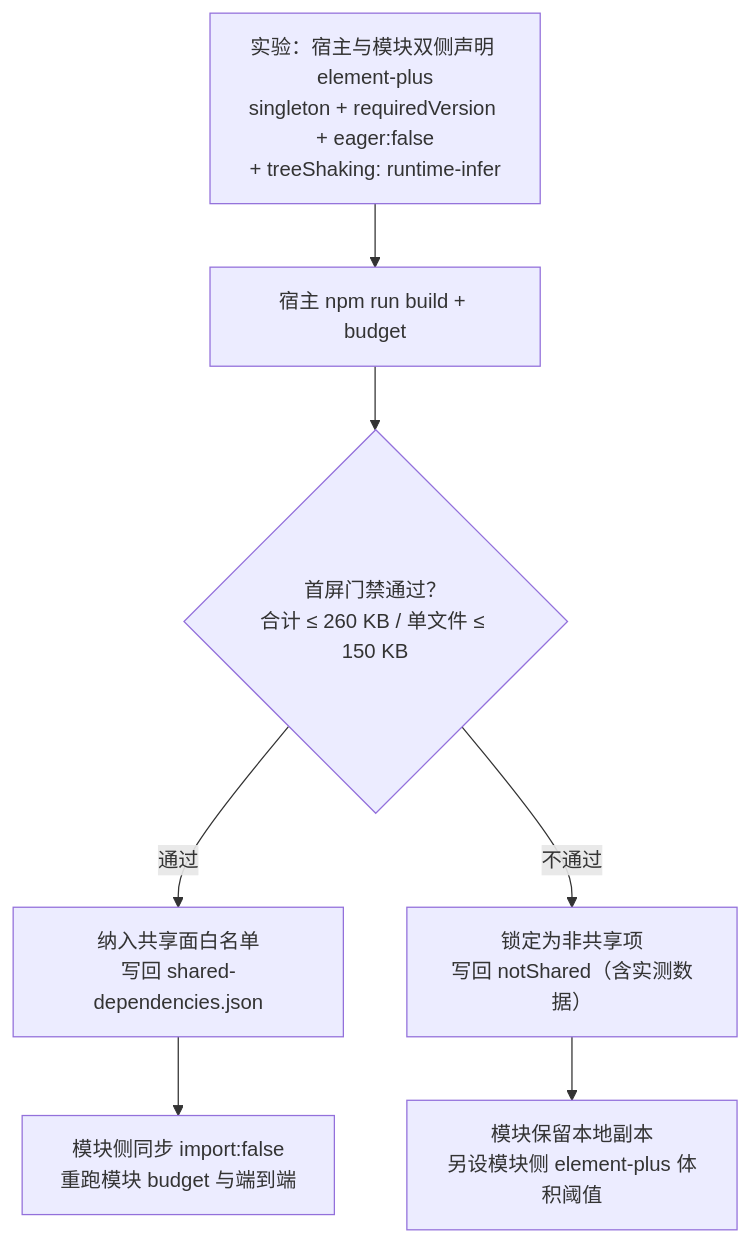
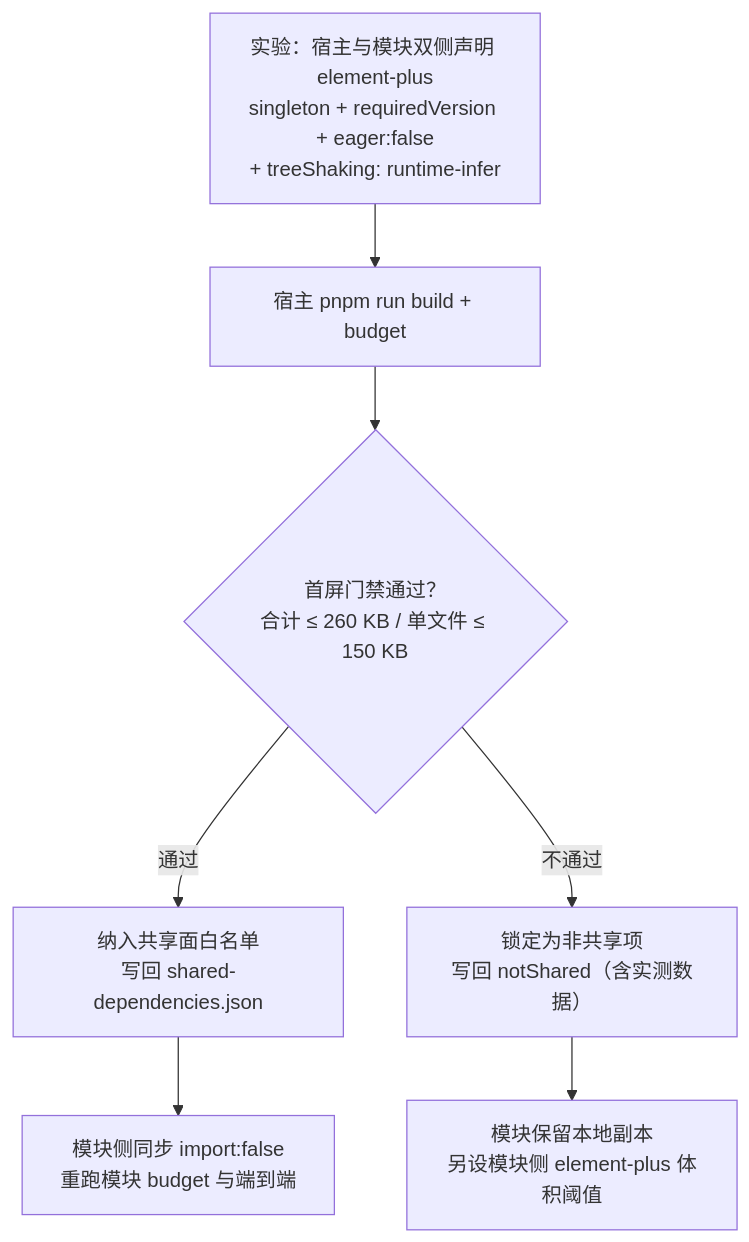
One commit to minjian123/basic-management-system changed the diagram in bms文档/项目/05_前端插件化/任务/02_运行时加载/02_运行时加载_02_依赖共享与版本偏斜治理/设计/01_详细设计_02_运行时加载_02_依赖共享与版本偏斜治理.md. Above: the diagram before and after it, drawn with Mermaid. The commit also changed other lines of this file and 232 other files, not shown here.

Commit message:
chore(pnpm): 修复外置依赖 workspace 软链并统一 npm→pnpm 口径

````diff
--- a/bms文档/项目/05_前端插件化/任务/02_运行时加载/02_运行时加载_02_依赖共享与版本偏斜治理/设计/01_详细设计_02_运行时加载_02_依赖共享与版本偏斜治理.md
+++ b/bms文档/项目/05_前端插件化/任务/02_运行时加载/02_运行时加载_02_依赖共享与版本偏斜治理/设计/01_详细设计_02_运行时加载_02_依赖共享与版本偏斜治理.md
@@ -154,9 +154,9 @@
 ```mermaid
 flowchart TD
-    A["实验：宿主与模块双侧声明 element-plus<br/>singleton + requiredVersion + eager:false<br/>+ treeShaking: runtime-infer"] --> B["宿主 npm run build + budget"]
+    A["实验：宿主与模块双侧声明 element-plus<br/>singleton + requiredVersion + eager:false<br/>+ treeShaking: runtime-infer"] --> B["宿主 pnpm run build + budget"]
     B --> C{"首屏门禁通过？<br/>合计 ≤ 260 KB / 单文件 ≤ 150 KB"}
     C -->|"通过"| D["纳入共享面白名单<br/>写回 shared-dependencies.json"]
     C -->|"不通过"| E["锁定为非共享项<br/>写回 notShared（含实测数据）"]
     D --> F["模块侧同步 import:false<br/>重跑模块 budget 与端到端"]
     E --> G["模块保留本地副本<br/>另设模块侧 element-plus 体积阈值"]
 ```
````
